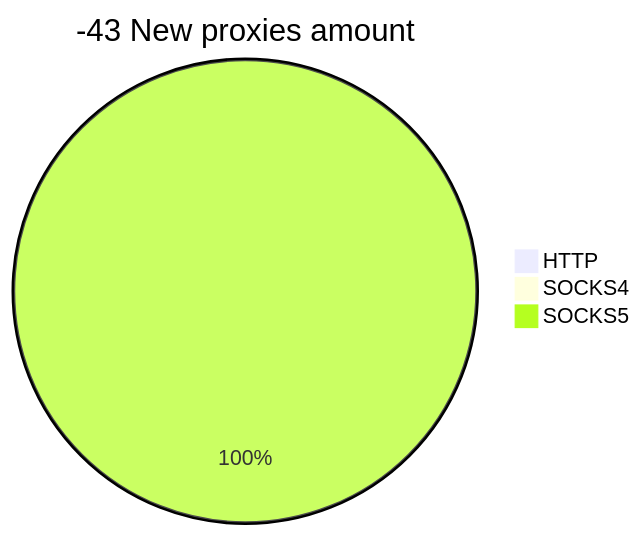
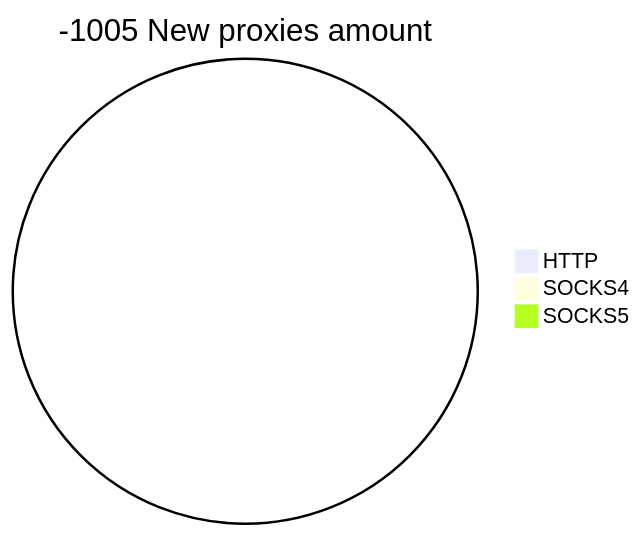
One commit to cutipu/proxylist changed the second of 2 diagrams in README.md. Above: the diagram before and after it, drawn with Mermaid. The commit also changed other lines of this file, not shown here.

````diff
--- a/README.md
+++ b/README.md
@@ -10,6 +10,6 @@
 ```mermaid
-pie title -43 New proxies amount
+pie title -1005 New proxies amount
     "HTTP" : 0
     "SOCKS4" : 0
-    "SOCKS5" : 1
+    "SOCKS5" : 0
 ```
````
